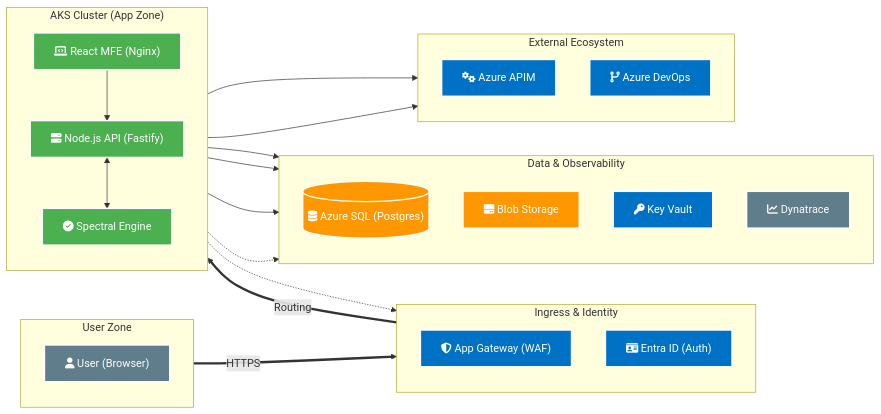
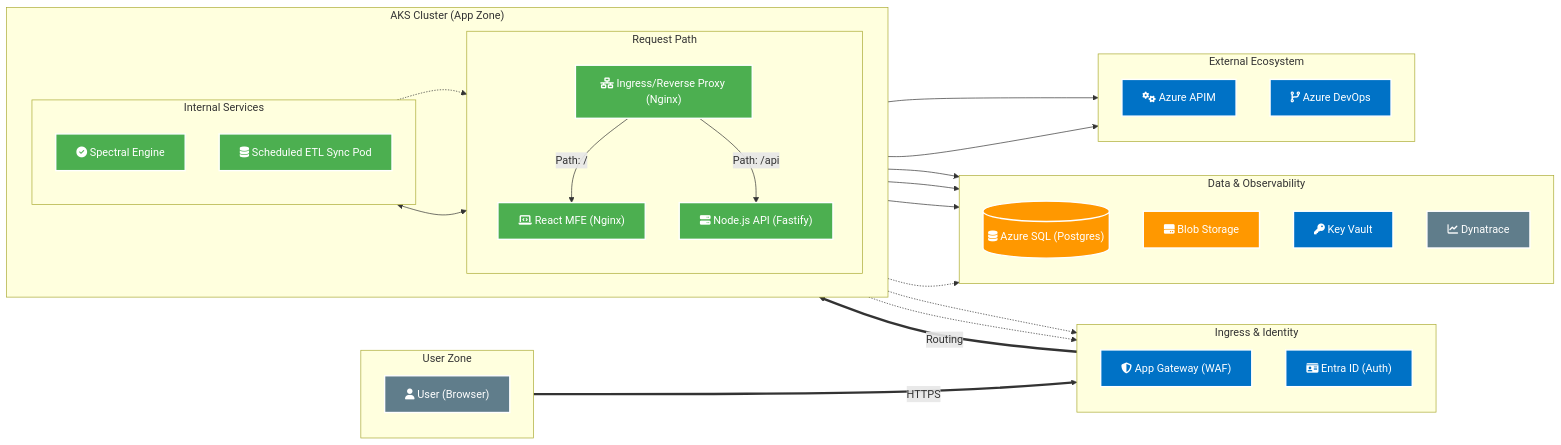
One commit to alagusundarams/swagger-scorer changed the third of 7 diagrams in docs/architecture_diagrams.md. Above: the diagram before and after it, drawn with Mermaid. The commit also changed other lines of this file and 9 other files, not shown here.

Commit message:
docs: comprehensive architecture, etl, and identity sync documentation

````diff
--- a/docs/architecture_diagrams.md
+++ b/docs/architecture_diagrams.md
@@ -106,53 +113,67 @@
 ```mermaid
 graph LR
     %% Styles
     classDef azure fill:#0072C6,stroke:#fff,stroke-width:2px,color:#fff;
     classDef compute fill:#4caf50,stroke:#fff,stroke-width:2px,color:#fff;
     classDef db fill:#ff9800,stroke:#fff,stroke-width:2px,color:#fff;
     classDef ext fill:#607d8b,stroke:#fff,stroke-width:2px,color:#fff;
 
     subgraph Lane1["User Zone"]
         direction TB
         User["fa:fa-user User (Browser)"]:::ext
     end
 
     subgraph Lane2["Ingress & Identity"]
         direction TB
         AGW["fa:fa-shield-alt App Gateway (WAF)"]:::azure
         EntraID["fa:fa-id-card Entra ID (Auth)"]:::azure
     end
 
     subgraph Lane3["AKS Cluster (App Zone)"]
-        direction TB
-        FE["fa:fa-laptop-code React MFE (Nginx)"]:::compute
-        BE["fa:fa-server Node.js API (Fastify)"]:::compute
-        Scorer["fa:fa-check-circle Spectral Engine"]:::compute
-        FE --> BE
+        direction LR
+        subgraph RequestPath["Request Path"]
+            direction TB
+            Ingress["fa:fa-network-wired Ingress/Reverse Proxy (Nginx)"]:::compute
+            FE["fa:fa-laptop-code React MFE (Nginx)"]:::compute
+            BE["fa:fa-server Node.js API (Fastify)"]:::compute
+            Ingress -->|Path: /| FE
+            Ingress -->|Path: /api| BE
+        end
+
+        %% Connections to Internal Services (Now on the right due to LR direction of Lane3)
+        subgraph InternalServices["Internal Services"]
+            direction TB
+            Scorer["fa:fa-check-circle Spectral Engine"]:::compute
+            ETL["fa:fa-database Scheduled ETL Sync Pod"]:::compute
+        end
+
         BE <--> Scorer
+        ETL -.-> BE
     end
 
     subgraph Lane4["Data & Observability"]
         direction TB
         DB[("fa:fa-database Azure SQL (Postgres)")]:::db
         Storage["fa:fa-hdd Blob Storage"]:::db
         KV["fa:fa-key Key Vault"]:::azure
         Dynatrace["fa:fa-chart-line Dynatrace"]:::ext
     end
 
     subgraph Lane5["External Ecosystem"]
         direction TB
         APIM["fa:fa-cogs Azure APIM"]:::azure
         ADO["fa:fa-code-branch Azure DevOps"]:::azure
     end
 
     %% Flows
     User == HTTPS ==> AGW
-    AGW == Routing ==> FE
+    AGW == Routing ==> Ingress
     BE --> DB
     BE --> Storage
     BE --> KV
     BE --> APIM
     BE --> ADO
     BE -.-> Dynatrace
     BE -.-> EntraID
+    ETL -.-> EntraID
 ```
````
